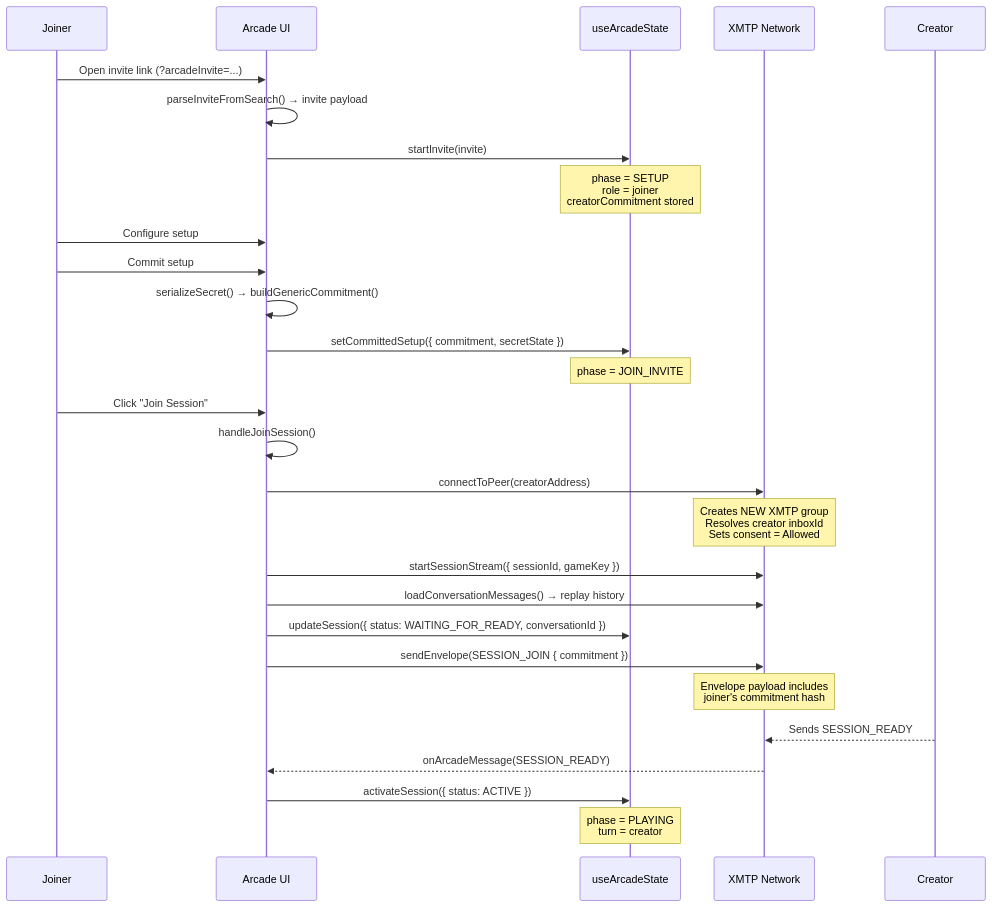
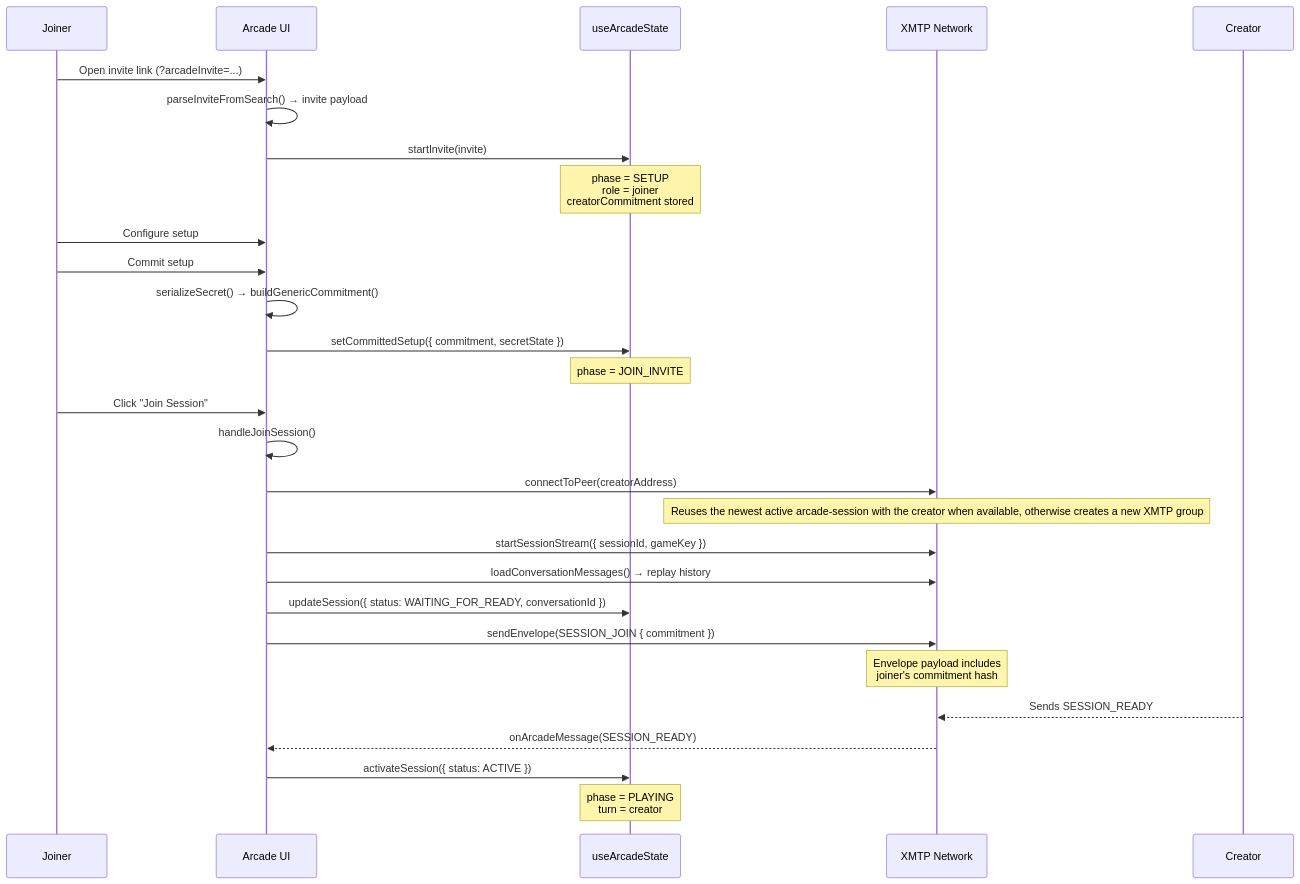
The third of 7 diagrams in src/components/arcade/README.md (zengzengzenghuy/xmtp-circles-miniapp), drawn with Mermaid before and after one commit. The commit also changed other lines of this file, not shown here.

````diff
--- a/src/components/arcade/README.md
+++ b/src/components/arcade/README.md
@@ -198,40 +201,40 @@
 ```mermaid
 sequenceDiagram
     participant J as Joiner
     participant UI as Arcade UI
     participant State as useArcadeState
     participant XMTP as XMTP Network
     participant C as Creator
 
     J->>UI: Open invite link (?arcadeInvite=...)
     UI->>UI: parseInviteFromSearch() → invite payload
     UI->>State: startInvite(invite)
     Note over State: phase = SETUP<br/>role = joiner<br/>creatorCommitment stored
 
     J->>UI: Configure setup
     J->>UI: Commit setup
     UI->>UI: serializeSecret() → buildGenericCommitment()
 
     UI->>State: setCommittedSetup({ commitment, secretState })
     Note over State: phase = JOIN_INVITE
 
     J->>UI: Click "Join Session"
     UI->>UI: handleJoinSession()
 
     UI->>XMTP: connectToPeer(creatorAddress)
-    Note over XMTP: Creates NEW XMTP group<br/>Resolves creator inboxId<br/>Sets consent = Allowed
+    Note over XMTP: Reuses the newest active arcade-session with the creator when available, otherwise creates a new XMTP group
 
     UI->>XMTP: startSessionStream({ sessionId, gameKey })
     UI->>XMTP: loadConversationMessages() → replay history
 
     UI->>State: updateSession({ status: WAITING_FOR_READY, conversationId })
 
     UI->>XMTP: sendEnvelope(SESSION_JOIN { commitment })
     Note over XMTP: Envelope payload includes<br/>joiner's commitment hash
 
     C-->>XMTP: Sends SESSION_READY
     XMTP-->>UI: onArcadeMessage(SESSION_READY)
 
     UI->>State: activateSession({ status: ACTIVE })
     Note over State: phase = PLAYING<br/>turn = creator
 ```
````
